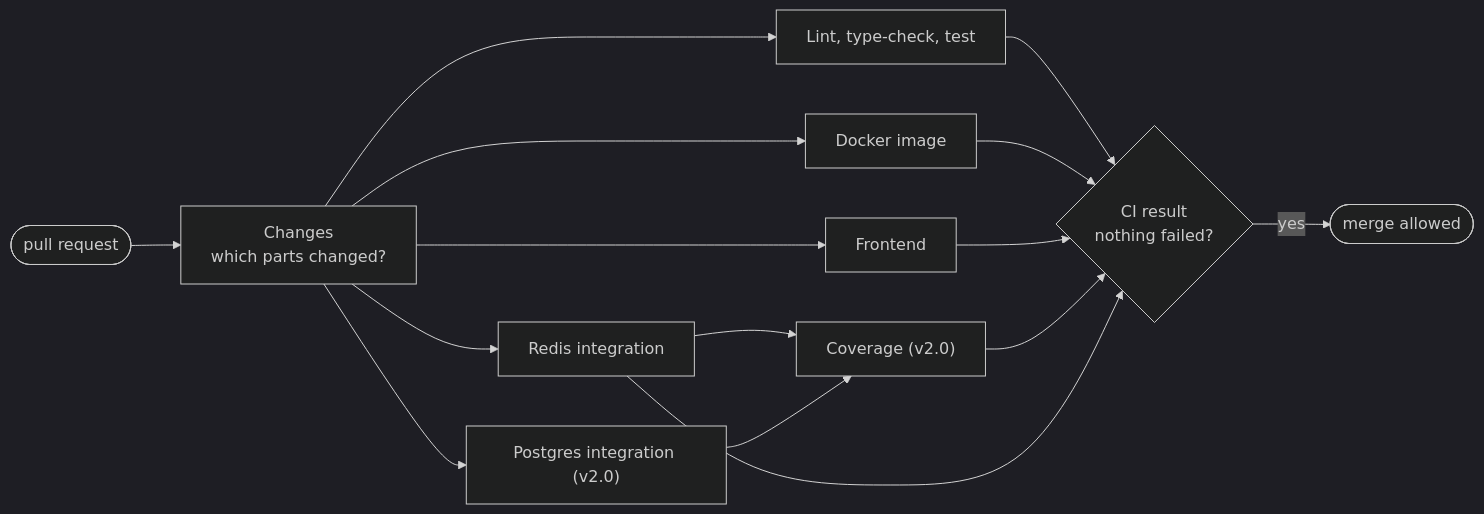
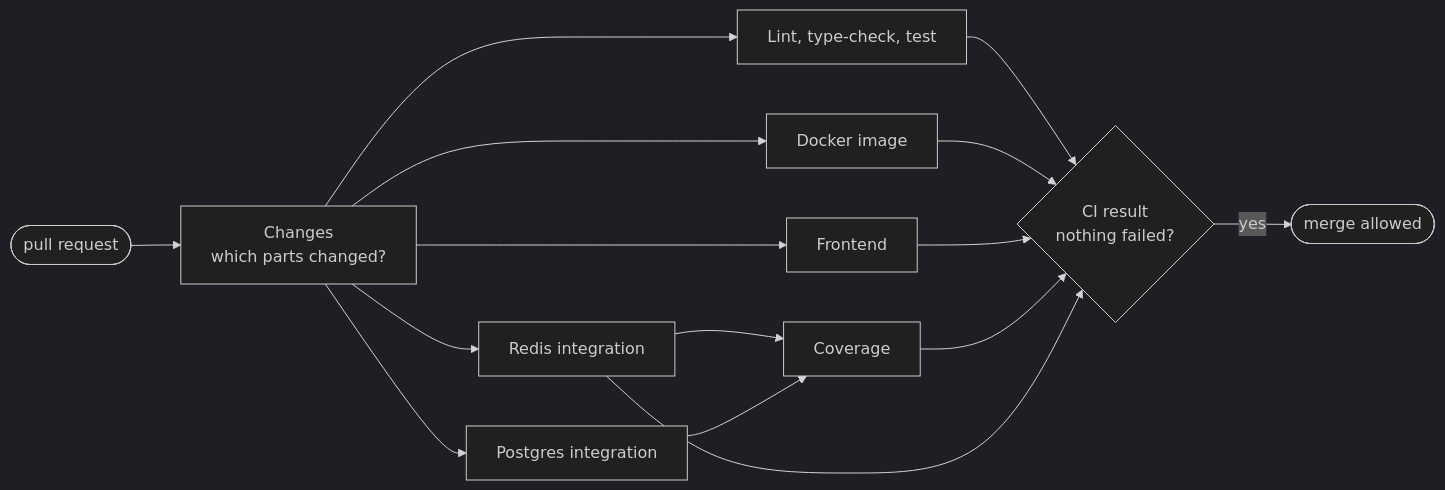
The eighth of 9 diagrams in ARCHITECTURE.md (loktiyur/weather_forecaster), drawn with Mermaid (dark theme) before and after one commit. The commit also changed other lines of this file and 14 other files, not shown here.

````diff
--- a/ARCHITECTURE.md
+++ b/ARCHITECTURE.md
@@ -866,18 +867,18 @@
 ```mermaid
 flowchart LR
     pr([pull request])
     pr --> changes["Changes<br/>which parts changed?"]
     changes --> checks["Lint, type-check, test"]
     changes --> redisj["Redis integration"]
     changes --> docker["Docker image"]
     changes --> fe["Frontend"]
-    changes --> pg["Postgres integration (v2.0)"]
-    redisj --> cov["Coverage (v2.0)"]
+    changes --> pg["Postgres integration"]
+    redisj --> cov["Coverage"]
     pg --> cov
     checks --> gate{"CI result<br/>nothing failed?"}
     docker --> gate
     fe --> gate
     cov --> gate
     redisj --> gate
     gate -- yes --> merge([merge allowed])
 ```
````
